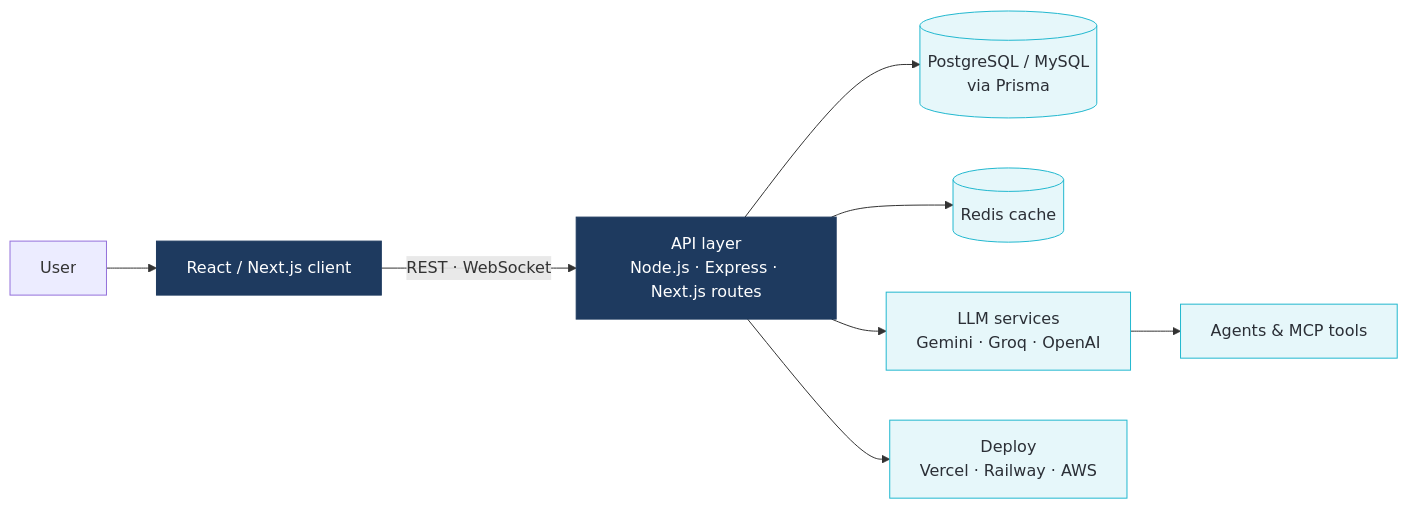
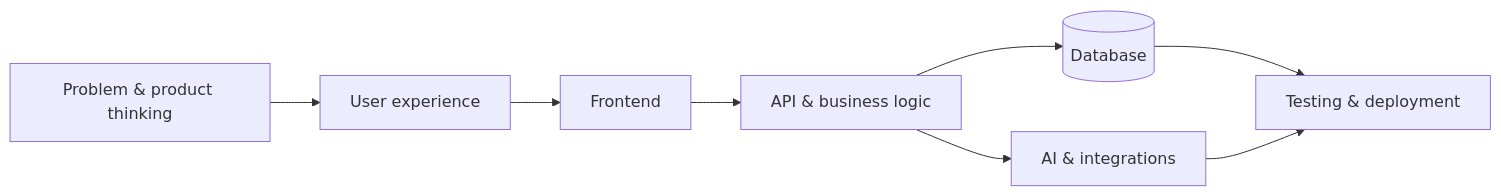
Before and after one commit to vardhan23v/vardhan23v: the diagram in README.md, drawn with Mermaid. The commit also changed other lines of this file, not shown here.

````diff
--- a/README.md
+++ b/README.md
@@ -76,15 +124,10 @@
 ```mermaid
 flowchart LR
-    U[User] --> C[React / Next.js client]
-    C -->|REST · WebSocket| A[API layer<br/>Node.js · Express · Next.js routes]
-    A --> D[(PostgreSQL / MySQL<br/>via Prisma)]
-    A --> R[(Redis cache)]
-    A --> L[LLM services<br/>Gemini · Groq · OpenAI]
-    L --> T[Agents & MCP tools]
-    A --> H[Deploy<br/>Vercel · Railway · AWS]
-
-    classDef navy fill:#1E3A5F,stroke:#1E3A5F,color:#ffffff;
-    classDef cyan fill:#E6F7FA,stroke:#22B8CF,color:#2B2F36;
-    class C,A navy;
-    class D,R,L,T,H cyan;
+    A[Problem & product thinking] --> B[User experience]
+    B --> C[Frontend]
+    C --> D[API & business logic]
+    D --> E[(Database)]
+    D --> F[AI & integrations]
+    E --> G[Testing & deployment]
+    F --> G
 ```
````
